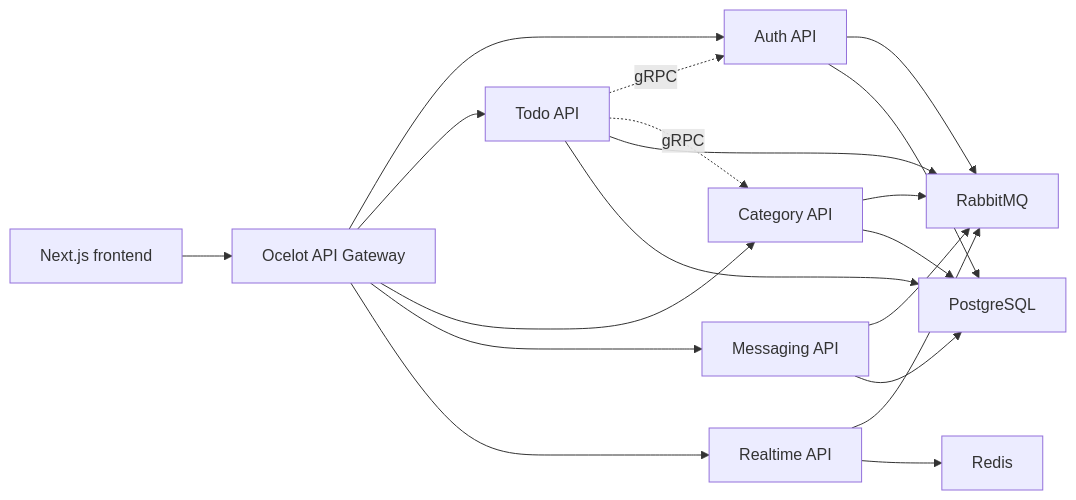
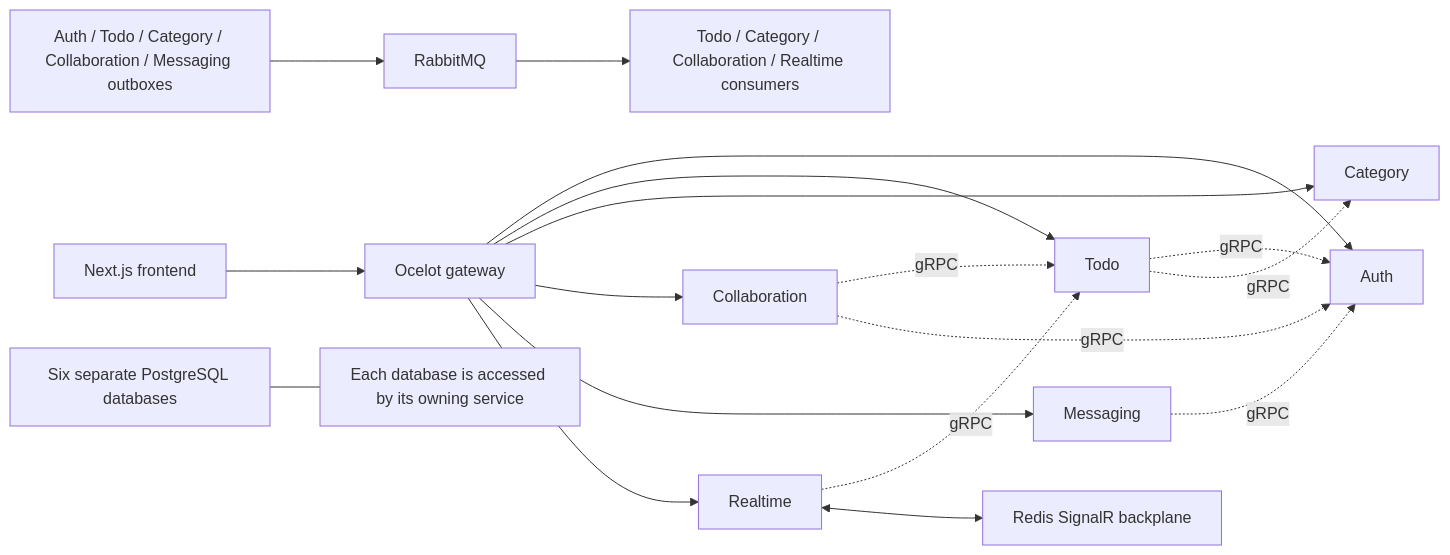
The diagram in ARCHITECTURE.md (4Keyy/Planora), drawn with Mermaid before and after one commit. The commit also changed other lines of this file and 58 other files, not shown here.

````diff
--- a/ARCHITECTURE.md
+++ b/ARCHITECTURE.md
@@ -24,21 +23,20 @@
 ```mermaid
 flowchart LR
-  UI["Next.js frontend"] --> GW["Ocelot API Gateway"]
-  GW --> Auth["Auth API"]
-  GW --> Todo["Todo API"]
-  GW --> Category["Category API"]
-  GW --> Messaging["Messaging API"]
-  GW --> Realtime["Realtime API"]
+  UI["Next.js frontend"] --> GW["Ocelot gateway"]
+  GW --> Auth["Auth"]
+  GW --> Todo["Todo"]
+  GW --> Category["Category"]
+  GW --> Collaboration["Collaboration"]
+  GW --> Messaging["Messaging"]
+  GW --> Realtime["Realtime"]
   Todo -. gRPC .-> Auth
   Todo -. gRPC .-> Category
-  Auth --> Rabbit["RabbitMQ"]
-  Todo --> Rabbit
-  Category --> Rabbit
-  Messaging --> Rabbit
-  Realtime --> Rabbit
-  Auth --> Postgres["PostgreSQL"]
-  Todo --> Postgres
-  Category --> Postgres
-  Messaging --> Postgres
-  Realtime --> Redis["Redis"]
+  Collaboration -. gRPC .-> Todo
+  Collaboration -. gRPC .-> Auth
+  Messaging -. gRPC .-> Auth
+  Realtime -. gRPC .-> Todo
+  Producers["Auth / Todo / Category / Collaboration / Messaging outboxes"] --> Rabbit["RabbitMQ"]
+  Rabbit --> Consumers["Todo / Category / Collaboration / Realtime consumers"]
+  Realtime <--> Redis["Redis SignalR backplane"]
+  Databases["Six separate PostgreSQL databases"] --- Services["Each database is accessed by its owning service"]
 ```
````
